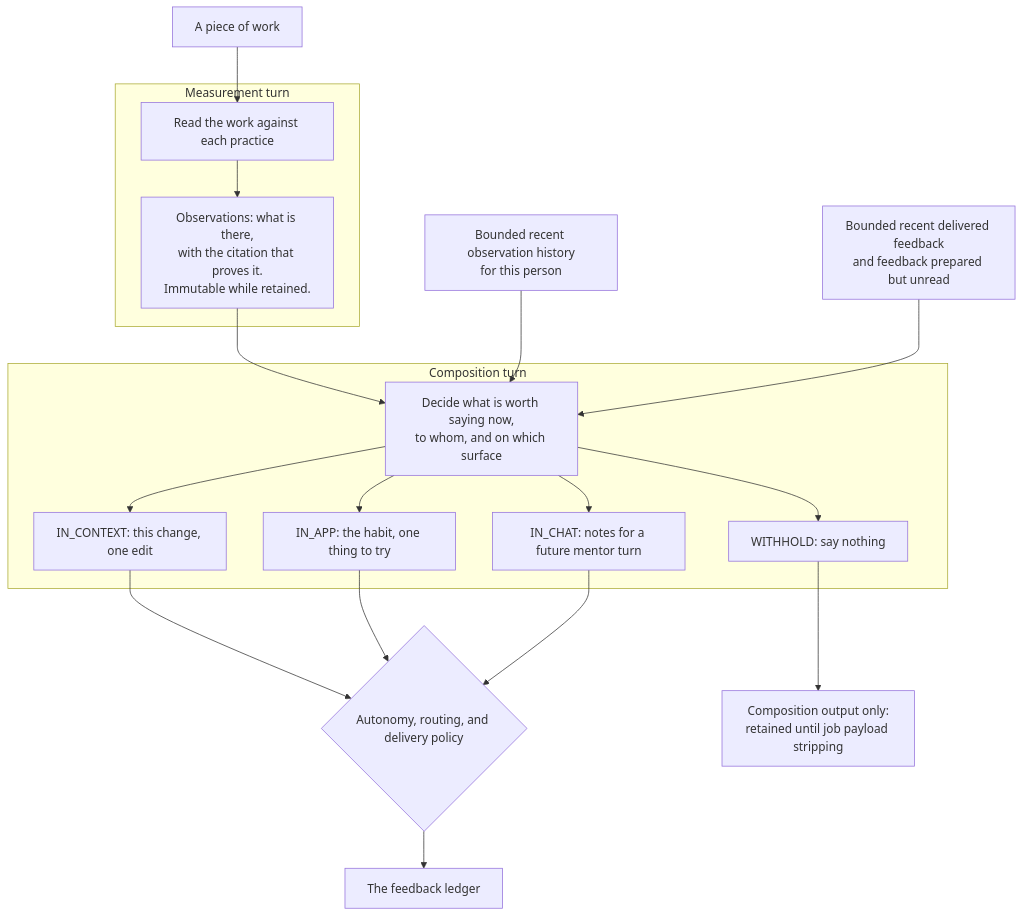
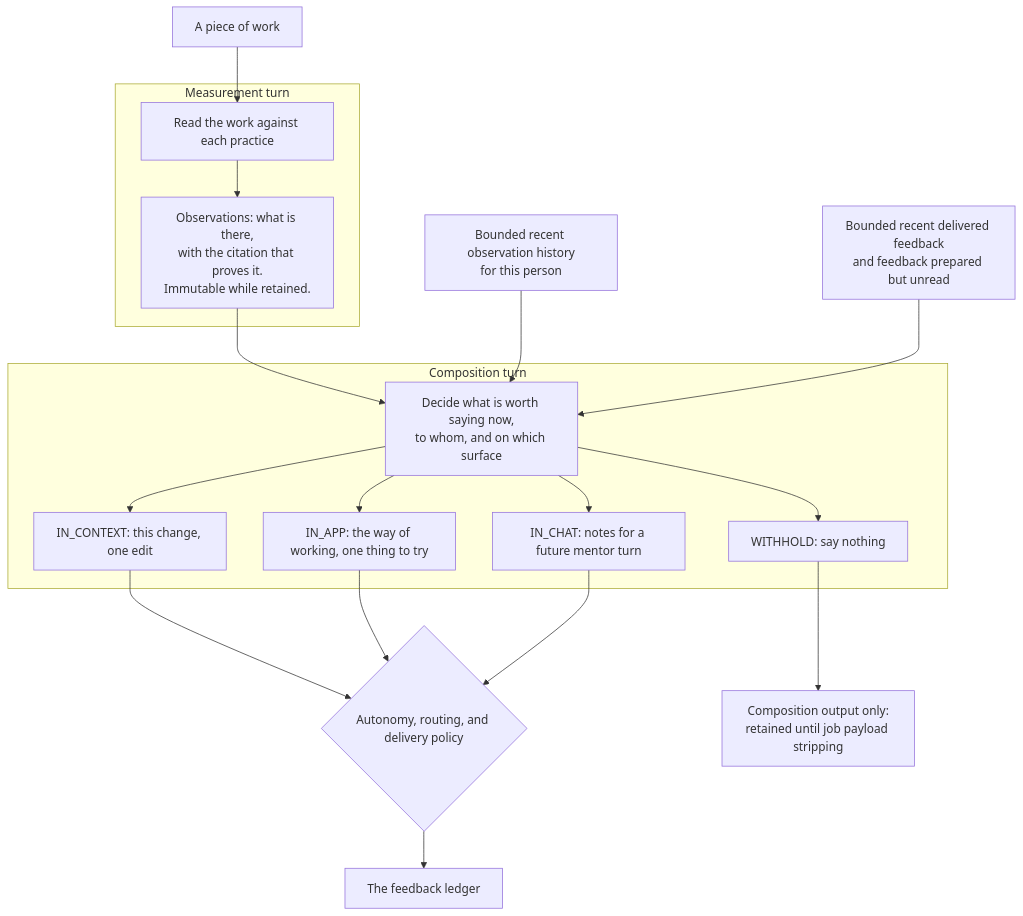
The second of 2 diagrams in docs/contributor/practice-review-pipeline.mdx (hephaestus-build/Hephaestus), drawn with Mermaid before and after one commit. The commit also changed 79 other files, not shown here.

````diff
--- a/docs/contributor/practice-review-pipeline.mdx
+++ b/docs/contributor/practice-review-pipeline.mdx
@@ -300,29 +300,29 @@
 ```mermaid
 flowchart TB
     accTitle: Measurement and feedback composition are separate turns
     accDescr: A measurement turn creates grounded observations. A composition turn combines admitted observations with bounded history and proposes feedback for three channels or withholds it.
     work["A piece of work"] --> measure
 
     subgraph measurementTurn["Measurement turn"]
         measure["Read the work against each practice"]
         measure --> obs["Observations: what is there,<br/>with the citation that proves it.<br/>Immutable while retained."]
     end
 
     obs --> compose
     record["Bounded recent observation history<br/>for this person"] --> compose
     said["Bounded recent delivered feedback<br/>and feedback prepared but unread"] --> compose
 
     subgraph compositionTurn["Composition turn"]
         compose["Decide what is worth saying now,<br/>to whom, and on which surface"]
         compose --> incontext["IN_CONTEXT: this change, one edit"]
-        compose --> page["IN_APP: the habit, one thing to try"]
+        compose --> page["IN_APP: the way of working, one thing to try"]
         compose --> chat["IN_CHAT: notes for a future mentor turn"]
         compose --> quiet["WITHHOLD: say nothing"]
     end
 
     incontext --> gate{"Autonomy, routing, and delivery policy"}
     page --> gate
     chat --> gate
     gate --> ledger["The feedback ledger"]
     quiet --> compositionResult["Composition output only:<br/>retained until job payload stripping"]
 ```
````
